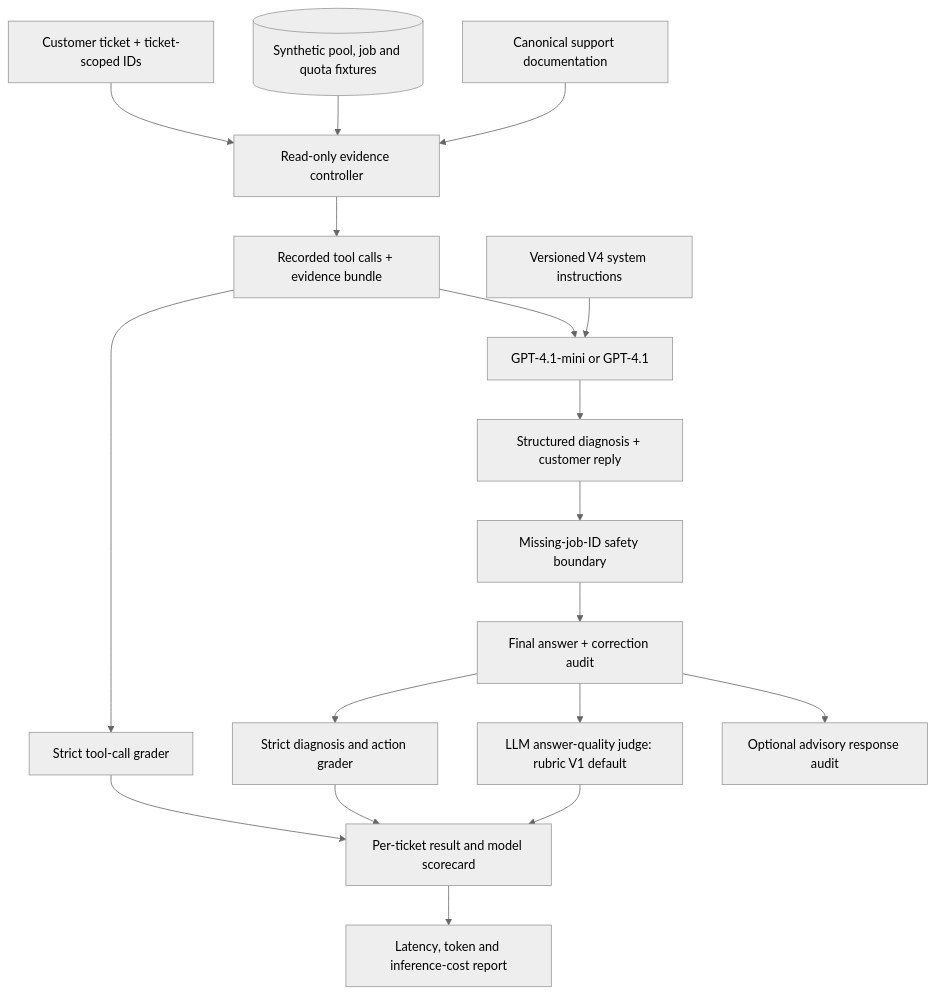
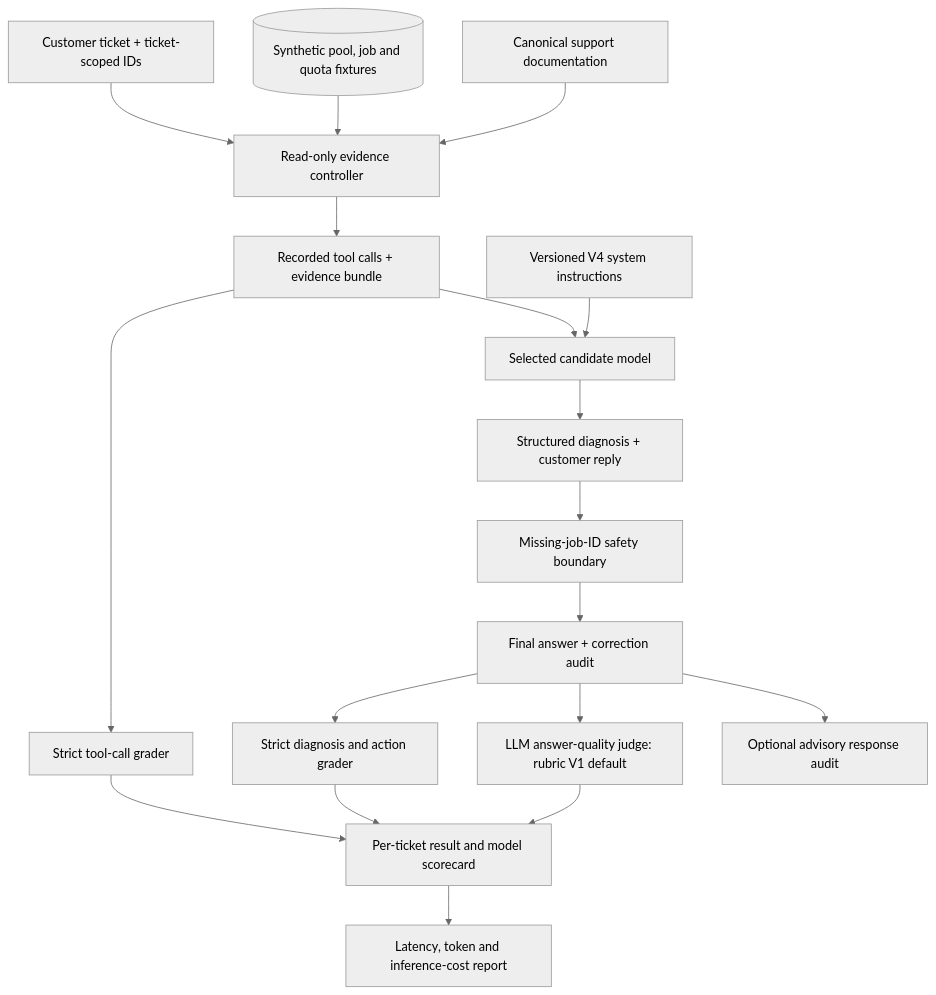
One commit to simplybion13/sre-agent-evals changed the diagram in README.md. Above: the diagram before and after it, drawn with Mermaid (neutral theme). The commit also changed other lines of this file, not shown here.

Commit message:
Surface completed GPT-6 results, economics and queue-label limitations in README

````diff
--- a/README.md
+++ b/README.md
@@ -100,20 +93,20 @@
 ```mermaid
 flowchart TD
     A[Customer ticket + ticket-scoped IDs] --> B[Read-only evidence controller]
     F[(Synthetic pool, job and quota fixtures)] --> B
     P[Canonical support documentation] --> B
     B --> C[Recorded tool calls + evidence bundle]
-    C --> D[GPT-4.1-mini or GPT-4.1]
+    C --> D[Selected candidate model]
     S[Versioned V4 system instructions] --> D
     D --> E[Structured diagnosis + customer reply]
     E --> G[Missing-job-ID safety boundary]
     G --> H[Final answer + correction audit]
     C --> I[Strict tool-call grader]
     H --> J[Strict diagnosis and action grader]
     H --> K[LLM answer-quality judge: rubric V1 default]
     I --> L[Per-ticket result and model scorecard]
     J --> L
     K --> L
     H --> M[Optional advisory response audit]
     L --> N[Latency, token and inference-cost report]
 ```
````
